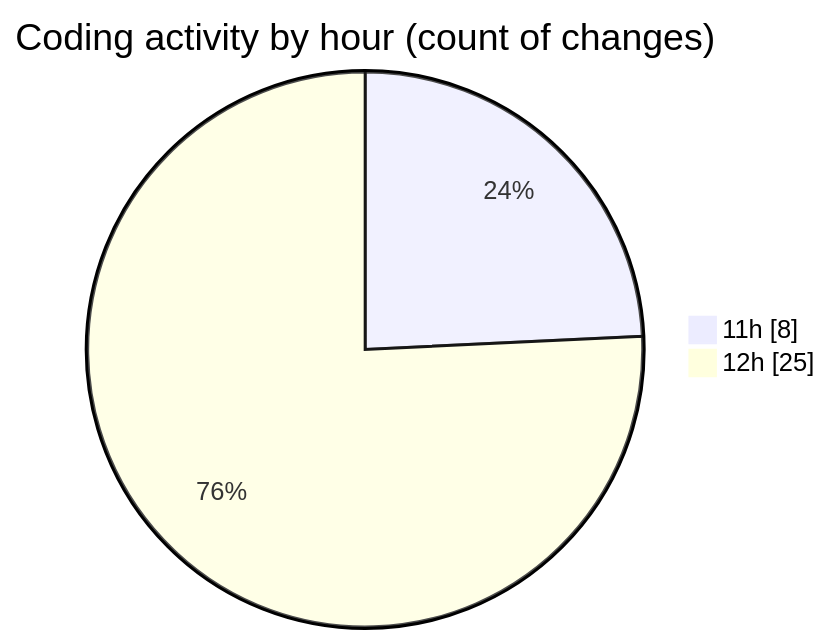
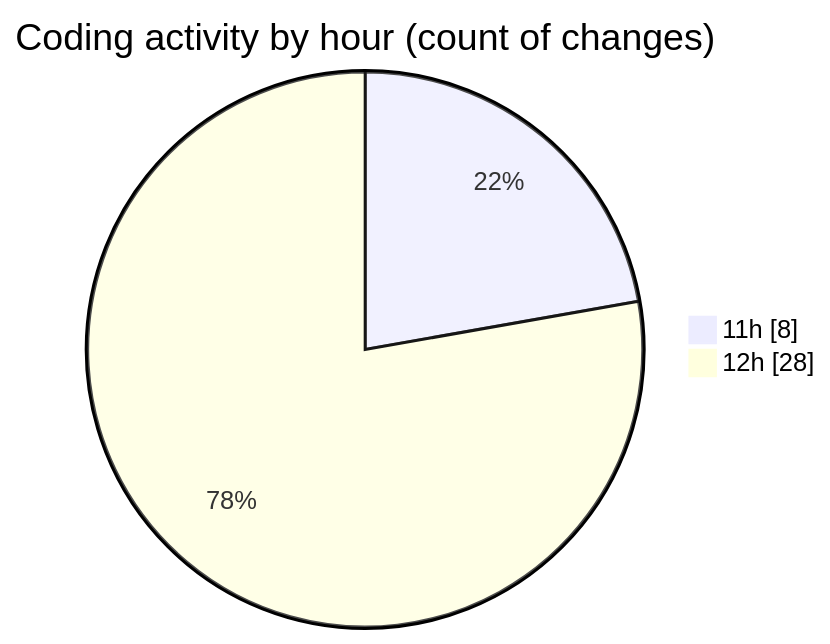
Before and after one commit to BS-eng2023/code-tracking: the second of 2 diagrams in 2025-05-04/project/README.md, drawn with Mermaid. The commit also changed other lines of this file and 1 other file, not shown here.

````diff
--- a/2025-05-04/project/README.md
+++ b/2025-05-04/project/README.md
@@ -45,6 +46,6 @@
 ```mermaid
 pie showData
 title Coding activity by hour (count of changes)
 "11h" : 8
-"12h" : 25
+"12h" : 28
 ```
````
